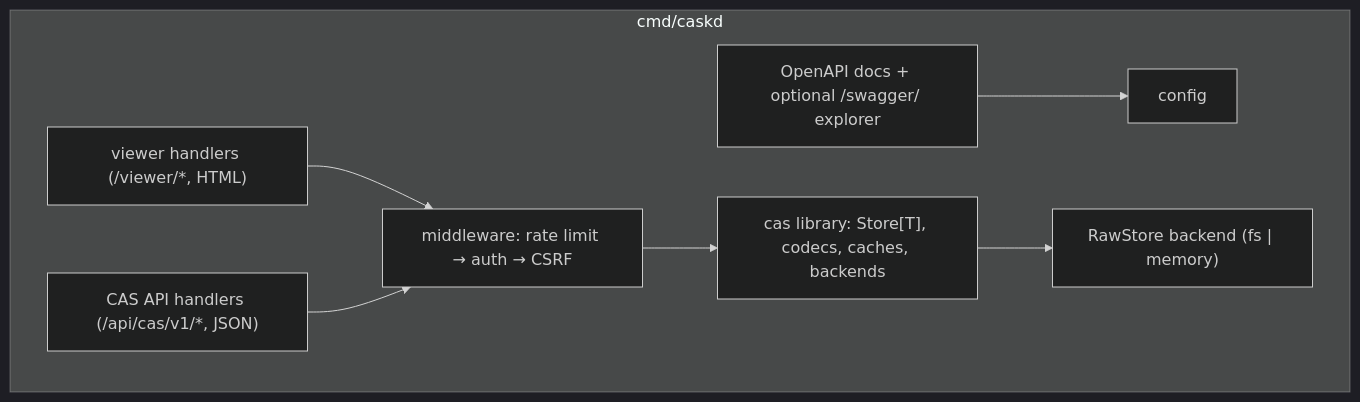
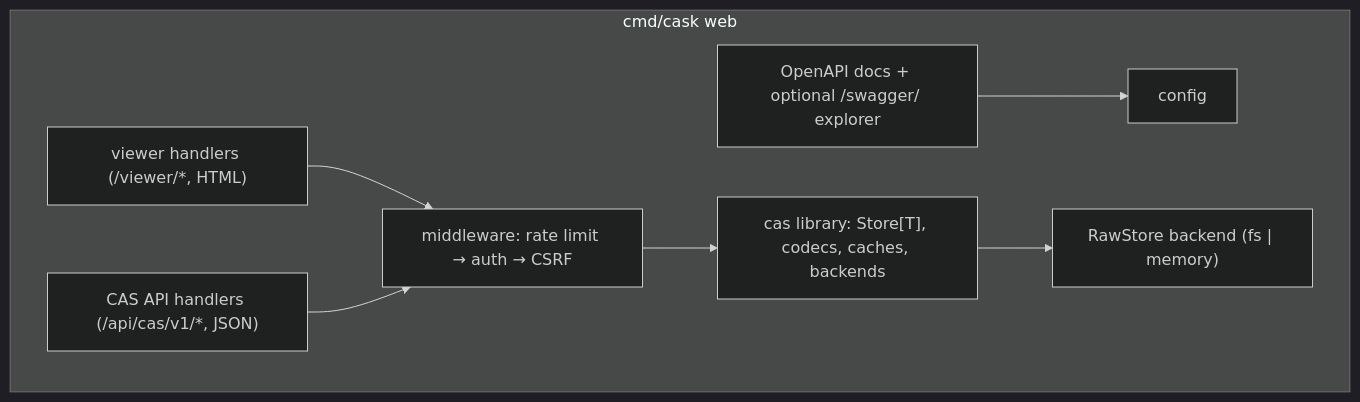
One commit to dmundt/go-cask changed the diagram in .github/instructions/backend-architecture.instructions.md. Above: the diagram before and after it, drawn with Mermaid (dark theme). The commit also changed other lines of this file and 5 other files, not shown here.

First line of the commit message:
feat: merge the server into cmd/cask as the web subcommand

````diff
--- a/.github/instructions/backend-architecture.instructions.md
+++ b/.github/instructions/backend-architecture.instructions.md
@@ -57,17 +59,17 @@
 ```mermaid
 flowchart TB
-    subgraph BIN["cmd/caskd"]
+    subgraph BIN["cmd/cask web"]
         CFG["config"]
         MID["middleware: rate limit → auth → CSRF"]
         VH["viewer handlers (/viewer/*, HTML)"]
         CA["CAS API handlers (/api/cas/v1/*, JSON)"]
         SW["OpenAPI docs + optional /swagger/ explorer"]
         CASLIB["cas library: Store[T], codecs, caches, backends"]
         STORE["RawStore backend (fs | memory)"]
         VH --> MID
         CA --> MID
         MID --> CASLIB
         CASLIB --> STORE
         SW --> CFG
     end
 ```
````
